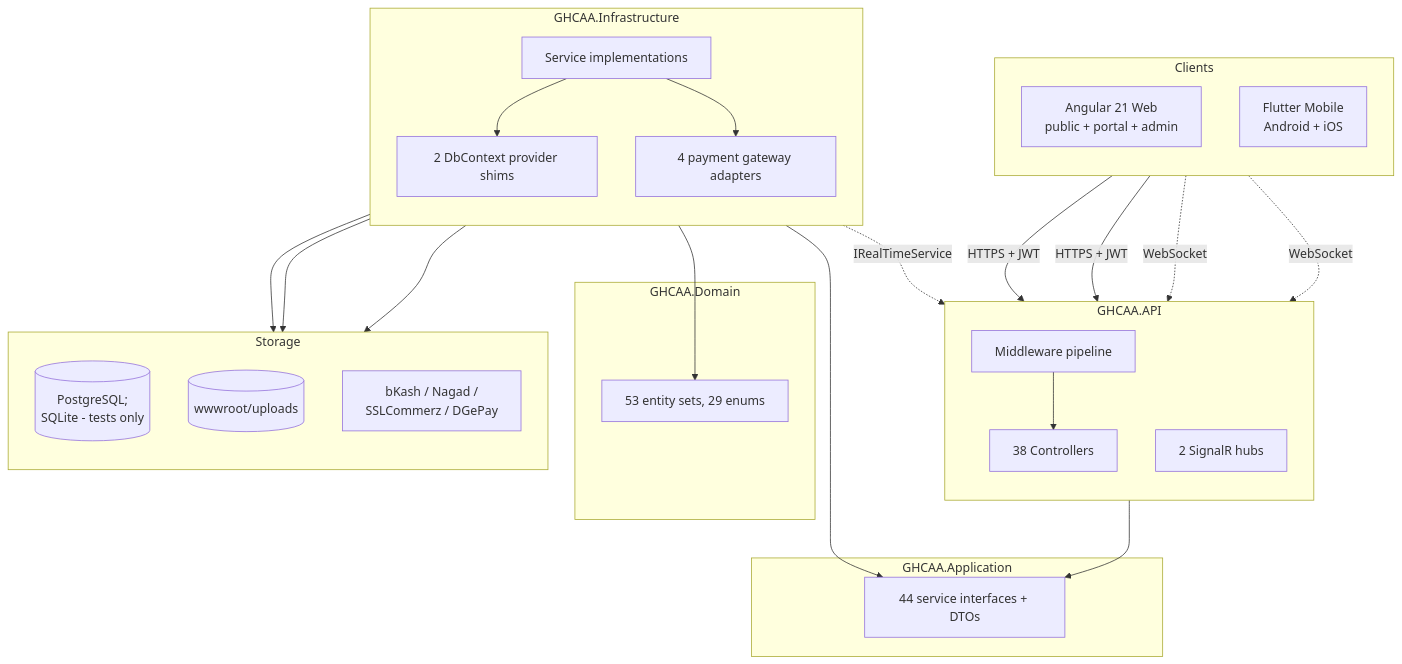
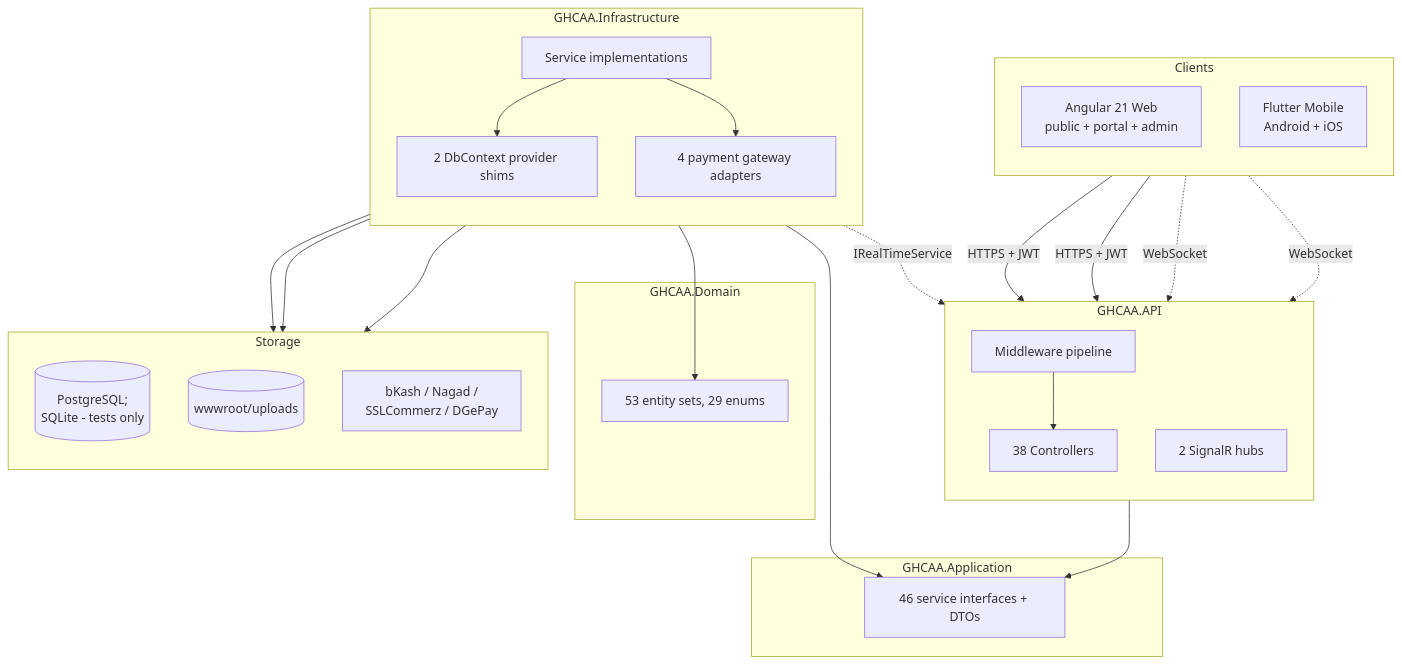
The first of 13 diagrams in docs/book/06-architecture.md (shalin-rahman/GHCAA), drawn with Mermaid before and after one commit. The commit also changed other lines of this file and 139 other files, not shown here.

````diff
--- a/docs/book/06-architecture.md
+++ b/docs/book/06-architecture.md
@@ -617,44 +626,44 @@
 ```mermaid
 flowchart TB
     subgraph Clients
       direction TB
       WEB[Angular 21 Web<br/>public + portal + admin]
       MOB[Flutter Mobile<br/>Android + iOS]
     end
     subgraph API_L["GHCAA.API"]
       direction TB
       MW[Middleware pipeline]
       CTRL[38 Controllers]
       HUB[2 SignalR hubs]
     end
     subgraph APP_L["GHCAA.Application"]
-      IFACE[44 service interfaces + DTOs]
+      IFACE[46 service interfaces + DTOs]
     end
     subgraph INF_L["GHCAA.Infrastructure"]
       direction TB
       SVC[Service implementations]
       GW[4 payment gateway adapters]
       DBC[2 DbContext provider shims]
     end
     subgraph DOM_L["GHCAA.Domain"]
       ENT[53 entity sets, 29 enums]
     end
     subgraph STORE["Storage"]
       direction TB
       DB[(PostgreSQL;<br/>SQLite - tests only)]
       FS[(wwwroot/uploads)]
       EXT[bKash / Nagad /<br/>SSLCommerz / DGePay]
     end
     WEB -->|HTTPS + JWT| MW
     MOB -->|HTTPS + JWT| MW
     WEB -.->|WebSocket| HUB
     MOB -.->|WebSocket| HUB
     MW --> CTRL --> IFACE
     SVC --> IFACE
     SVC --> ENT
     SVC --> DBC --> DB
     SVC --> FS
     GW --> EXT
     SVC --> GW
     SVC -.->|IRealTimeService| HUB
 ```
````
